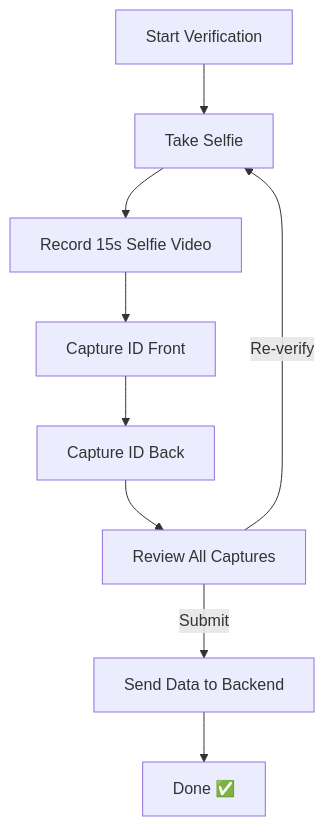
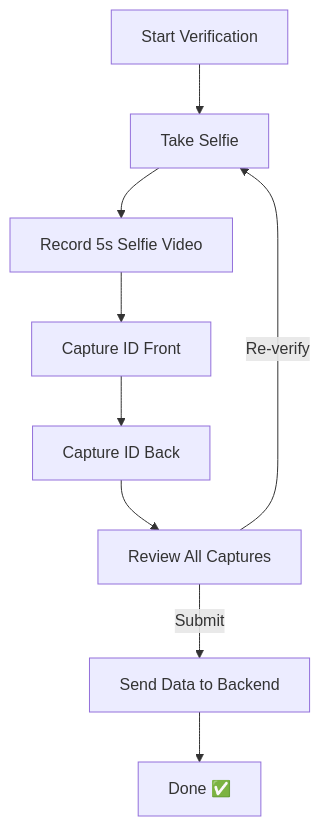
One commit to freddydrodev/verif_id changed the first of 2 diagrams in README.md. Above: the diagram before and after it, drawn with Mermaid. The commit also changed other lines of this file and 2 other files, not shown here.

Commit message:
Update README.md to streamline installation instructions, clarify parameters for KYC verification, and correct video duration in flow steps. Enhance documentation for better user guidance.

````diff
--- a/README.md
+++ b/README.md
@@ -190,11 +148,11 @@
 ```mermaid
 flowchart TD
     A[Start Verification] --> B[Take Selfie]
-    B --> C[Record 15s Selfie Video]
+    B --> C[Record 5s Selfie Video]
     C --> D[Capture ID Front]
     D --> E[Capture ID Back]
     E --> F[Review All Captures]
     F -->|Submit| G[Send Data to Backend]
     F -->|Re-verify| B
     G --> H[Done ✅]
 ```
````
